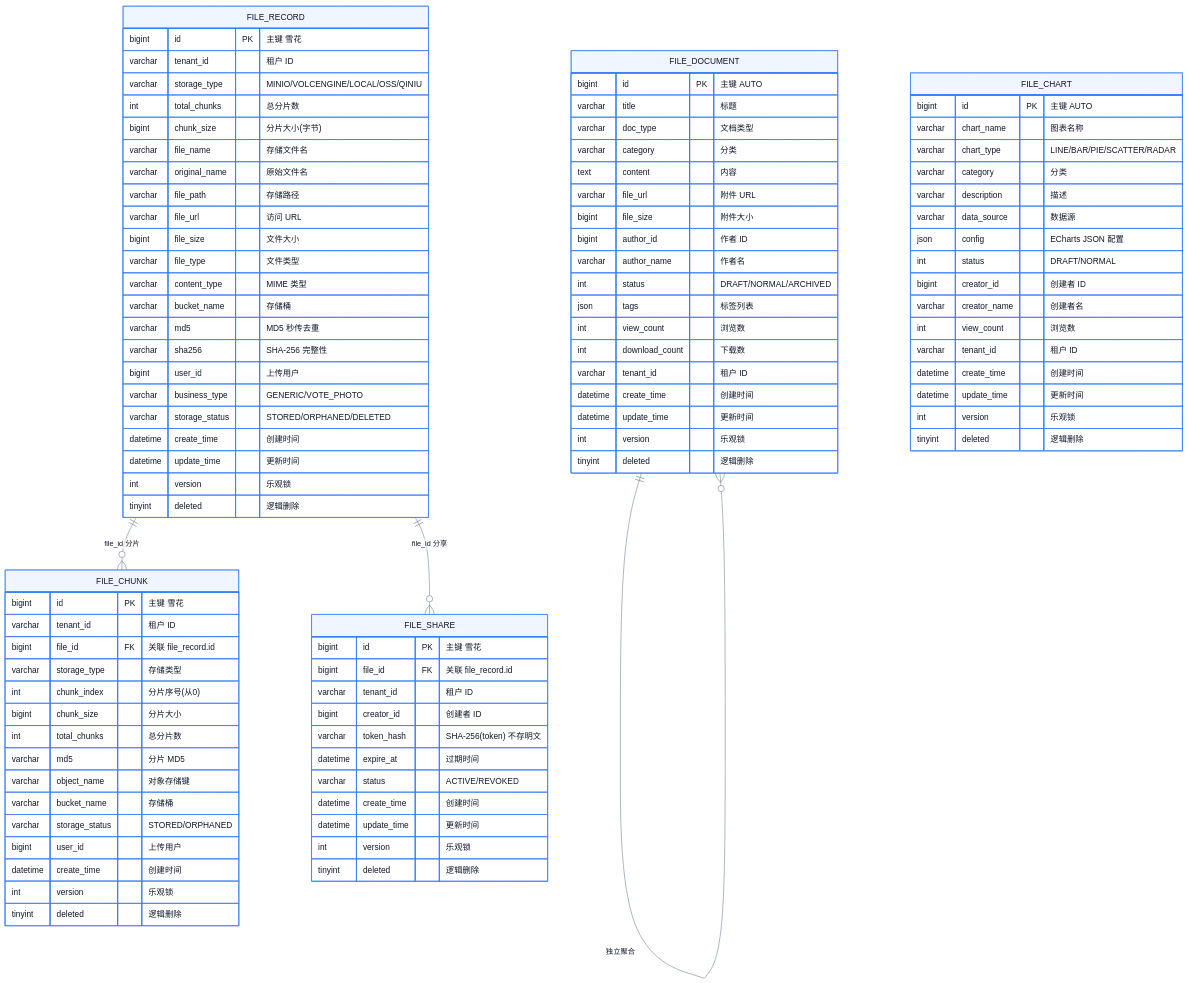
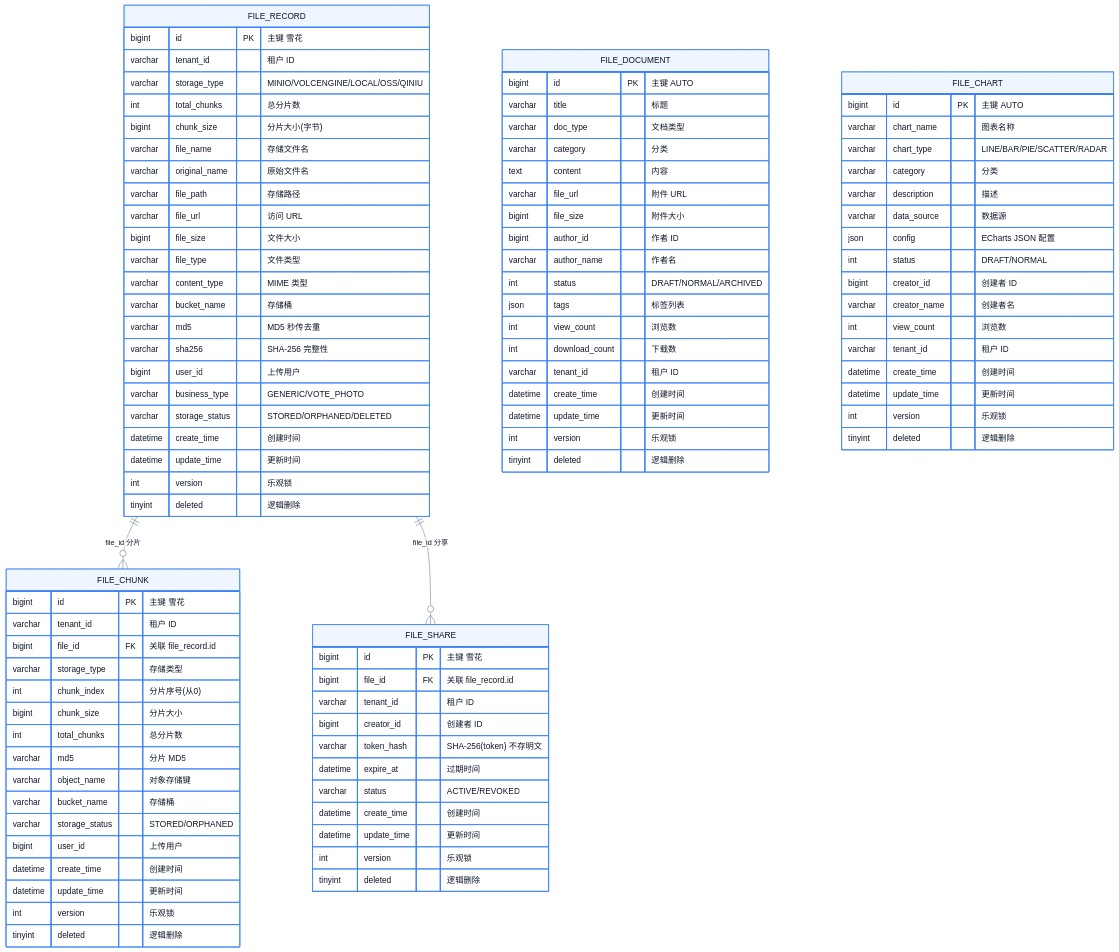
One commit to apex-cloud-service/apex-scaffold changed the diagram in docs/diagrams/121_er_file_tables.mmd. Above: the diagram before and after it, drawn with Mermaid. The commit also changed 69 other files, not shown here.

First line of the commit message:
fix(deploy): 修正 Compose 启动配置并同步架构图表与项目记录

```diff
--- a/docs/diagrams/121_er_file_tables.mmd
+++ b/docs/diagrams/121_er_file_tables.mmd
@@ -1,102 +1,103 @@
 %%{init: {'theme':'base', 'themeVariables': {'primaryColor':'#eff6ff','primaryTextColor':'#0f172a','primaryBorderColor':'#3b82f6','lineColor':'#64748b','fontFamily':'sans-serif'}}}%%
 erDiagram
     FILE_RECORD ||--o{ FILE_CHUNK : "file_id 分片"
     FILE_RECORD ||--o{ FILE_SHARE : "file_id 分享"
-    FILE_DOCUMENT ||--o{ FILE_DOCUMENT : "独立聚合"
 
     FILE_RECORD {
         bigint id PK "主键 雪花"
         varchar tenant_id "租户 ID"
         varchar storage_type "MINIO/VOLCENGINE/LOCAL/OSS/QINIU"
         int total_chunks "总分片数"
         bigint chunk_size "分片大小(字节)"
         varchar file_name "存储文件名"
         varchar original_name "原始文件名"
         varchar file_path "存储路径"
         varchar file_url "访问 URL"
         bigint file_size "文件大小"
         varchar file_type "文件类型"
         varchar content_type "MIME 类型"
         varchar bucket_name "存储桶"
         varchar md5 "MD5 秒传去重"
         varchar sha256 "SHA-256 完整性"
         bigint user_id "上传用户"
         varchar business_type "GENERIC/VOTE_PHOTO"
         varchar storage_status "STORED/ORPHANED/DELETED"
         datetime create_time "创建时间"
         datetime update_time "更新时间"
         int version "乐观锁"
         tinyint deleted "逻辑删除"
     }
 
     FILE_CHUNK {
         bigint id PK "主键 雪花"
         varchar tenant_id "租户 ID"
         bigint file_id FK "关联 file_record.id"
         varchar storage_type "存储类型"
         int chunk_index "分片序号(从0)"
         bigint chunk_size "分片大小"
         int total_chunks "总分片数"
         varchar md5 "分片 MD5"
         varchar object_name "对象存储键"
         varchar bucket_name "存储桶"
         varchar storage_status "STORED/ORPHANED"
         bigint user_id "上传用户"
         datetime create_time "创建时间"
+        datetime update_time "更新时间"
         int version "乐观锁"
         tinyint deleted "逻辑删除"
     }
+%% V7：file_chunk 增加活跃分片唯一约束（file_id + chunk_index + deleted） %%
 
     FILE_SHARE {
         bigint id PK "主键 雪花"
         bigint file_id FK "关联 file_record.id"
         varchar tenant_id "租户 ID"
         bigint creator_id "创建者 ID"
         varchar token_hash "SHA-256(token) 不存明文"
         datetime expire_at "过期时间"
         varchar status "ACTIVE/REVOKED"
         datetime create_time "创建时间"
         datetime update_time "更新时间"
         int version "乐观锁"
         tinyint deleted "逻辑删除"
     }
 
     FILE_DOCUMENT {
         bigint id PK "主键 AUTO"
         varchar title "标题"
         varchar doc_type "文档类型"
         varchar category "分类"
         text content "内容"
         varchar file_url "附件 URL"
         bigint file_size "附件大小"
         bigint author_id "作者 ID"
         varchar author_name "作者名"
         int status "DRAFT/NORMAL/ARCHIVED"
         json tags "标签列表"
         int view_count "浏览数"
         int download_count "下载数"
         varchar tenant_id "租户 ID"
         datetime create_time "创建时间"
         datetime update_time "更新时间"
         int version "乐观锁"
         tinyint deleted "逻辑删除"
     }
 
     FILE_CHART {
         bigint id PK "主键 AUTO"
         varchar chart_name "图表名称"
         varchar chart_type "LINE/BAR/PIE/SCATTER/RADAR"
         varchar category "分类"
         varchar description "描述"
         varchar data_source "数据源"
         json config "ECharts JSON 配置"
         int status "DRAFT/NORMAL"
         bigint creator_id "创建者 ID"
         varchar creator_name "创建者名"
         int view_count "浏览数"
         varchar tenant_id "租户 ID"
         datetime create_time "创建时间"
         datetime update_time "更新时间"
         int version "乐观锁"
         tinyint deleted "逻辑删除"
     }
```
